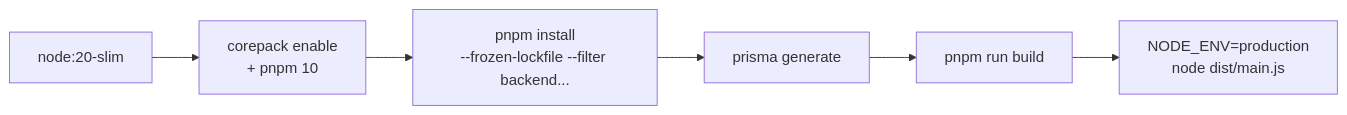
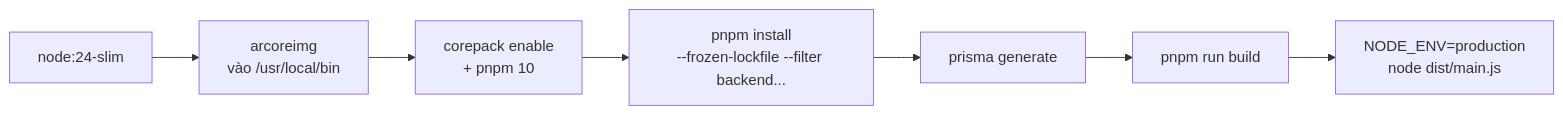
Before and after one commit to HaoKiet10/Augmented-Reality: the second of 2 diagrams in wiki/Deployment.md, drawn with Mermaid. The commit also changed other lines of this file and 1 other file, not shown here.

First line of the commit message:
build: run backend on Node 24

````diff
--- a/wiki/Deployment.md
+++ b/wiki/Deployment.md
@@ -38,8 +39,9 @@
 ```mermaid
 flowchart LR
-    A["node:20-slim"] --> B["corepack enable<br/>+ pnpm 10"]
+    A["node:24-slim"] --> A2["arcoreimg<br/>vào /usr/local/bin"]
+    A2 --> B["corepack enable<br/>+ pnpm 10"]
     B --> C["pnpm install<br/>--frozen-lockfile --filter backend..."]
     C --> D["prisma generate"]
     D --> E["pnpm run build"]
     E --> F["NODE_ENV=production<br/>node dist/main.js"]
 ```
````
